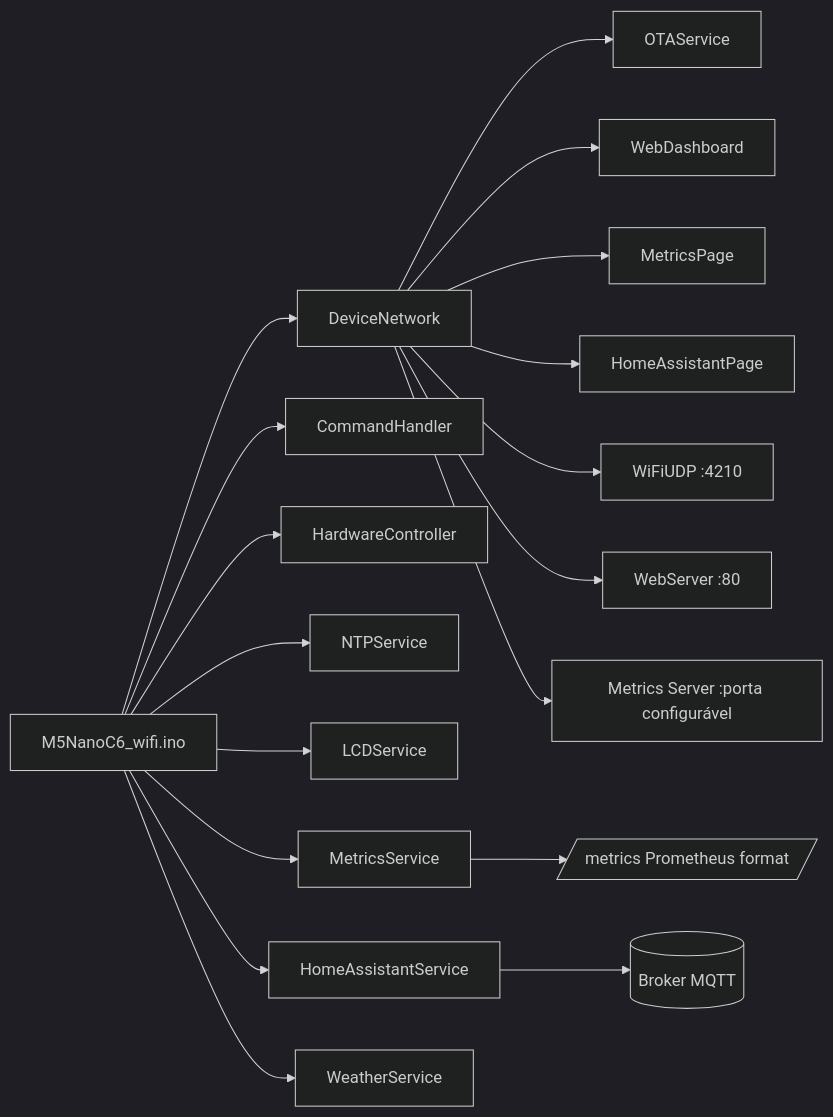
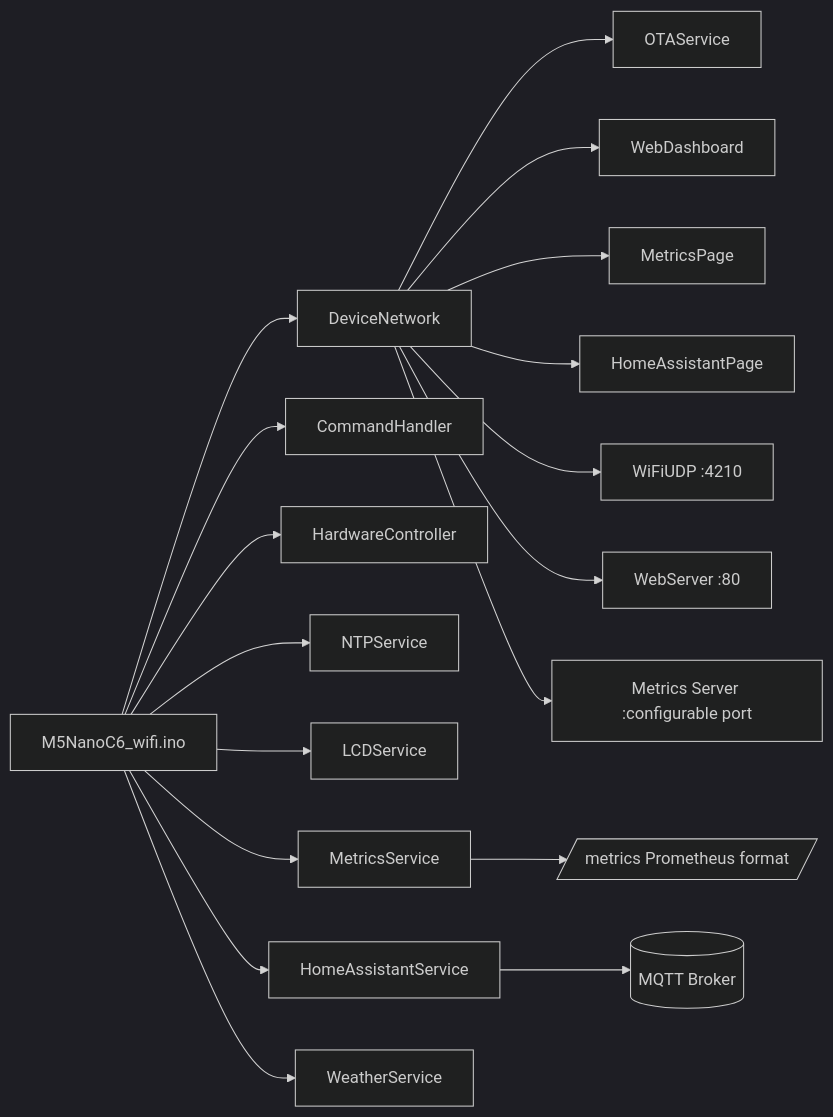
The first of 14 diagrams in README.md (paulocfmarques-collab/M5NanoC6_wifi), drawn with Mermaid (dark theme) before and after one commit. The commit also changed other lines of this file, not shown here.

````diff
--- a/README.md
+++ b/README.md
@@ -64,24 +64,24 @@
 ```mermaid
 flowchart LR
     INO[M5NanoC6_wifi.ino]
 
     INO --> NET[DeviceNetwork]
     INO --> CMD[CommandHandler]
     INO --> HW[HardwareController]
     INO --> NTP[NTPService]
     INO --> LCD[LCDService]
     INO --> MET[MetricsService]
     INO --> HA[HomeAssistantService]
     INO --> WEA[WeatherService]
 
     NET --> OTA[OTAService]
     NET --> WEB[WebDashboard]
     NET --> MPAGE[MetricsPage]
     NET --> HAPAGE[HomeAssistantPage]
     NET --> UDP[WiFiUDP :4210]
     NET --> HTTP80[WebServer :80]
-    NET --> HTTPM[Metrics Server :porta configurável]
+    NET --> HTTPM[Metrics Server :configurable port]
 
-    HA --> MQTT[(Broker MQTT)]
+    HA --> MQTT[(MQTT Broker)]
     MET --> PROM[/metrics Prometheus format/]
 ```
````
